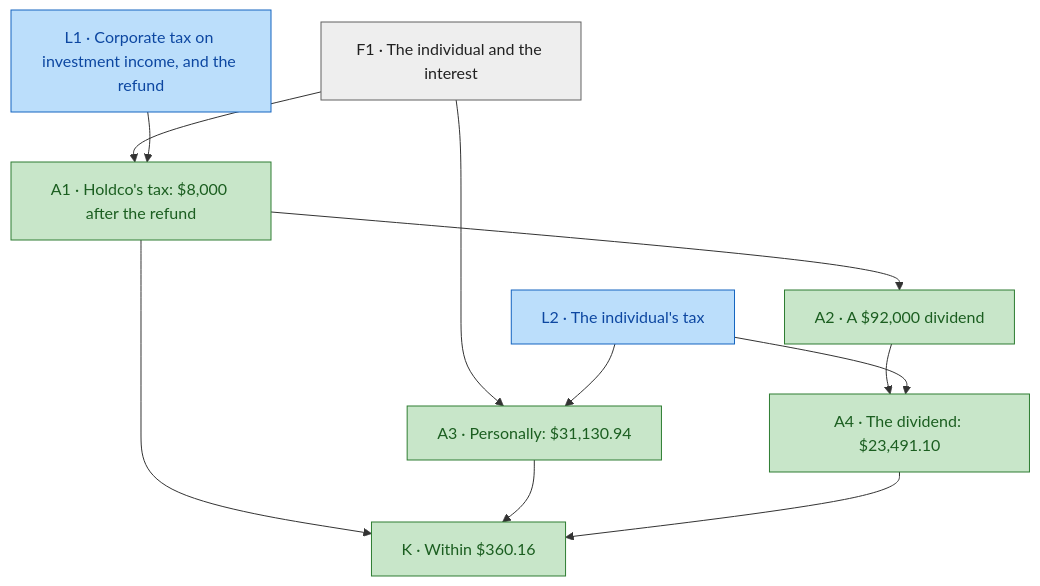
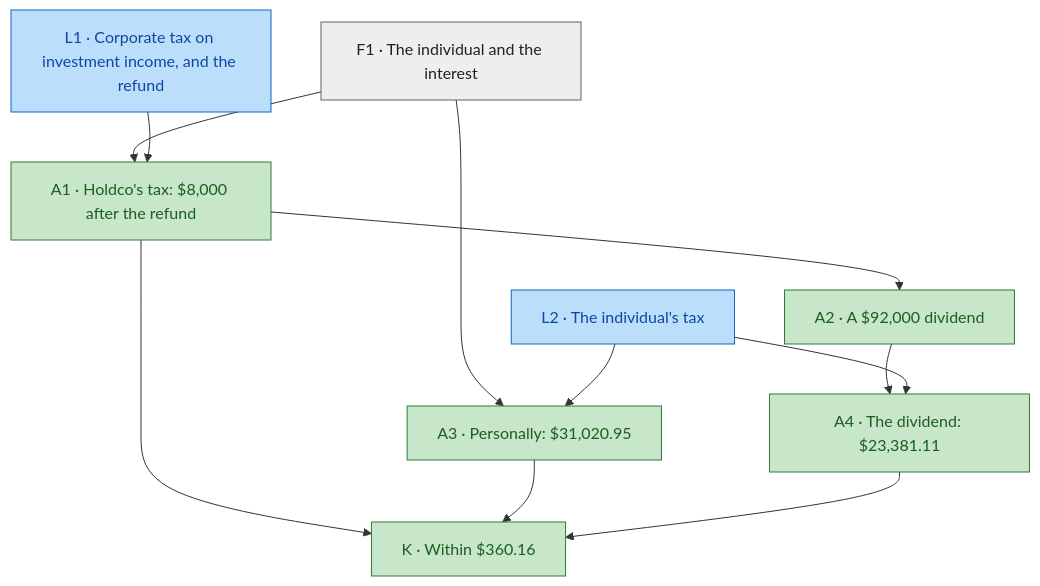
The first of 2 diagrams in docs/blueprint/investment-income-integration.md (SeanWMurray/Canteen), drawn with Mermaid before and after one commit. The commit also changed other lines of this file and 57 other files, not shown here.

````diff
--- a/docs/blueprint/investment-income-integration.md
+++ b/docs/blueprint/investment-income-integration.md
@@ -15,27 +15,27 @@
 ```mermaid
 graph TD
   n0["L1 · Corporate tax on investment income, and the refund"]:::encoded
   n1["L2 · The individual's tax"]:::encoded
   n2["F1 · The individual and the interest"]:::fact
   n3["A1 · Holdco's tax: $8,000 after the refund"]:::proven
   n4["A2 · A $92,000 dividend"]:::proven
-  n5["A3 · Personally: $31,130.94"]:::proven
-  n6["A4 · The dividend: $23,491.10"]:::proven
+  n5["A3 · Personally: $31,020.95"]:::proven
+  n6["A4 · The dividend: $23,381.11"]:::proven
   n7["K · Within $360.16"]:::proven
   n2 --> n3
   n0 --> n3
   n3 --> n4
   n2 --> n5
   n1 --> n5
   n4 --> n6
   n1 --> n6
   n3 --> n7
   n5 --> n7
   n6 --> n7
   classDef proven fill:#c8e6c9,stroke:#2e7d32,color:#1b5e20
   classDef encoded fill:#bbdefb,stroke:#1565c0,color:#0d47a1
   classDef fact fill:#eeeeee,stroke:#616161,color:#212121
   classDef judgment fill:#ffe0b2,stroke:#ef6c00,color:#e65100
   classDef notFormalized fill:#ffffff,stroke:#c62828,color:#b71c1c,stroke-dasharray:5 5
   classDef unproven fill:#ffcdd2,stroke:#c62828,color:#b71c1c
 ```
````
